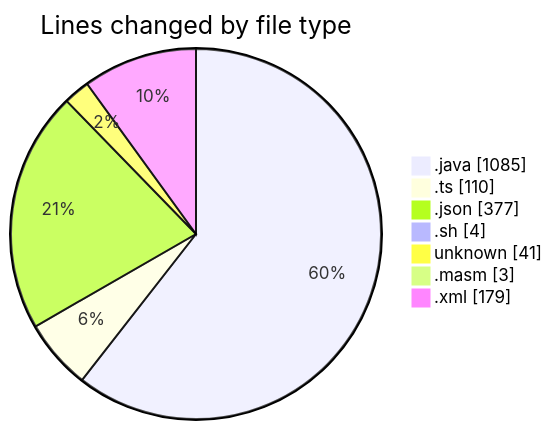
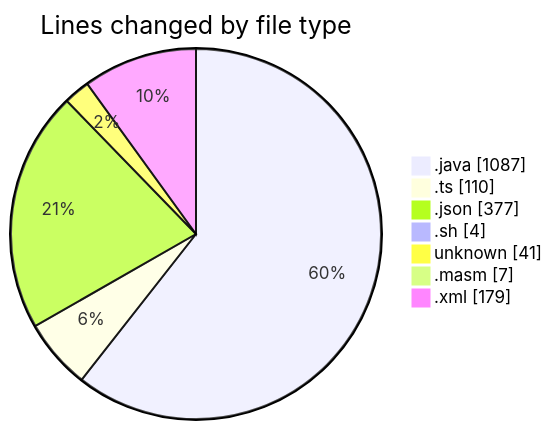
One commit to charlie-sans/code-tracking changed the first of 2 diagrams in 2025-02-20/micros/README.md. Above: the diagram before and after it, drawn with Mermaid. The commit also changed other lines of this file and 1 other file, not shown here.

````diff
--- a/2025-02-20/micros/README.md
+++ b/2025-02-20/micros/README.md
@@ -34,11 +34,11 @@
 ```mermaid
 pie showData
 title Lines changed by file type
-".java" : 1085
+".java" : 1087
 ".ts" : 110
 ".json" : 377
 ".sh" : 4
 "unknown" : 41
-".masm" : 3
+".masm" : 7
 ".xml" : 179
 ```
````
